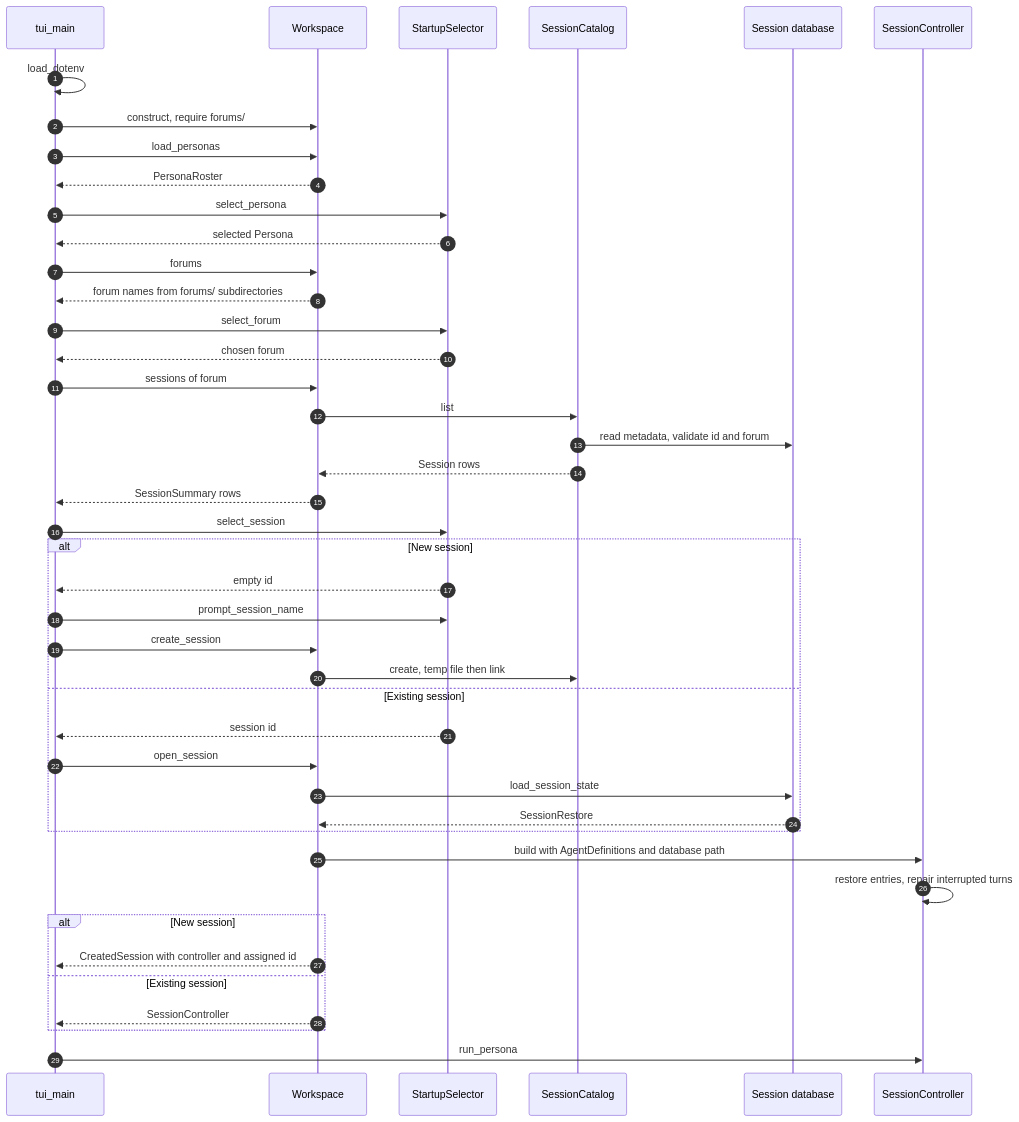
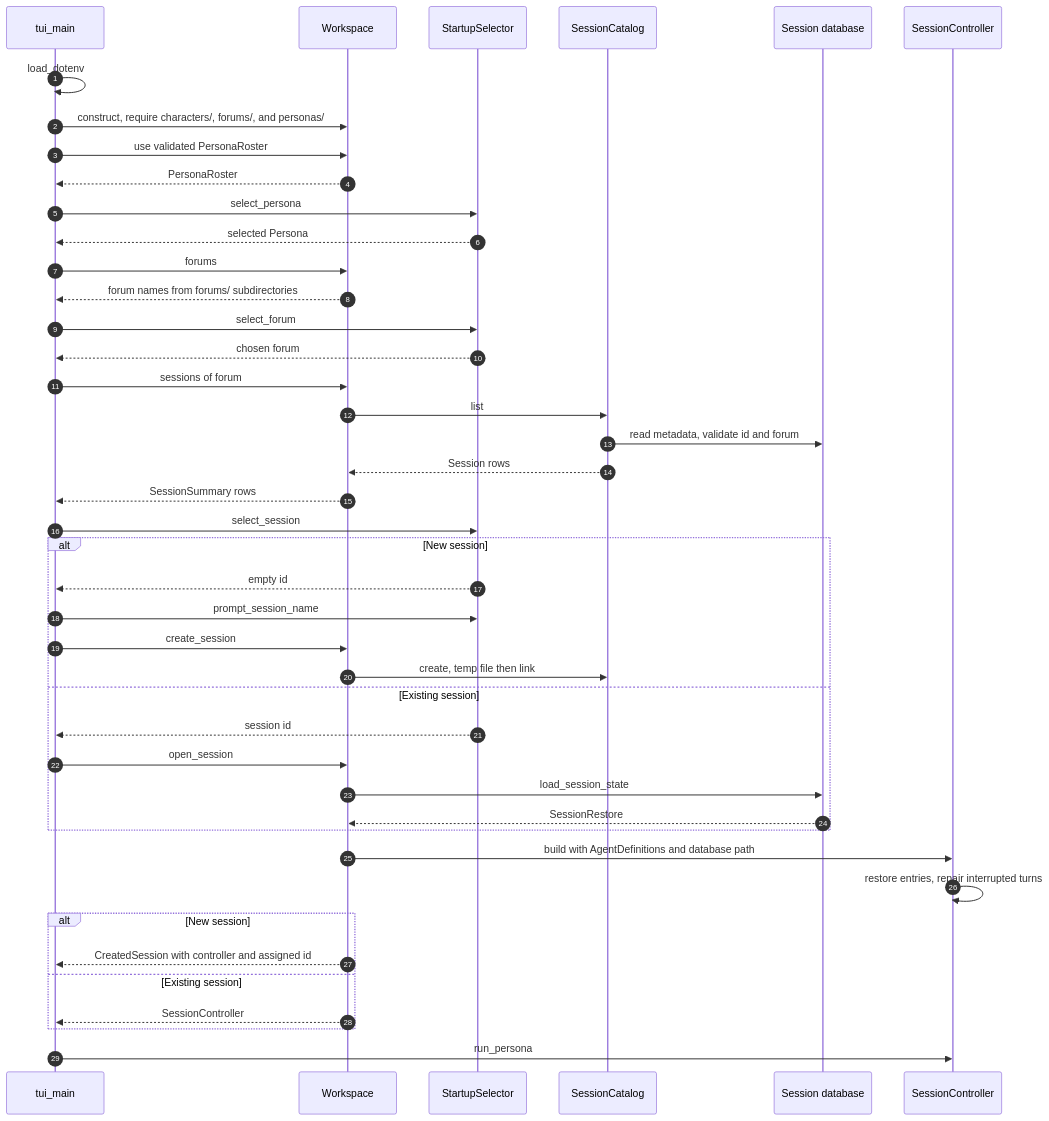
One commit to michaelpopov/cha changed the second of 4 diagrams in src/README.md. Above: the diagram before and after it, drawn with Mermaid. The commit also changed other lines of this file and 8 other files, not shown here.

````diff
--- a/src/README.md
+++ b/src/README.md
@@ -185,46 +187,46 @@
 ```mermaid
 sequenceDiagram
     autonumber
     participant main as tui_main
     participant ws as Workspace
     participant sel as StartupSelector
     participant cat as SessionCatalog
     participant db as Session database
     participant controller as SessionController
 
     main->>main: load_dotenv
-    main->>ws: construct, require forums/
-    main->>ws: load_personas
+    main->>ws: construct, require characters/, forums/, and personas/
+    main->>ws: use validated PersonaRoster
     ws-->>main: PersonaRoster
     main->>sel: select_persona
     sel-->>main: selected Persona
     main->>ws: forums
     ws-->>main: forum names from forums/ subdirectories
     main->>sel: select_forum
     sel-->>main: chosen forum
     main->>ws: sessions of forum
     ws->>cat: list
     cat->>db: read metadata, validate id and forum
     cat-->>ws: Session rows
     ws-->>main: SessionSummary rows
     main->>sel: select_session
     alt New session
         sel-->>main: empty id
         main->>sel: prompt_session_name
         main->>ws: create_session
         ws->>cat: create, temp file then link
     else Existing session
         sel-->>main: session id
         main->>ws: open_session
         ws->>db: load_session_state
         db-->>ws: SessionRestore
     end
     ws->>controller: build with AgentDefinitions and database path
     controller->>controller: restore entries, repair interrupted turns
     alt New session
         ws-->>main: CreatedSession with controller and assigned id
     else Existing session
         ws-->>main: SessionController
     end
     main->>controller: run_persona
 ```
````
